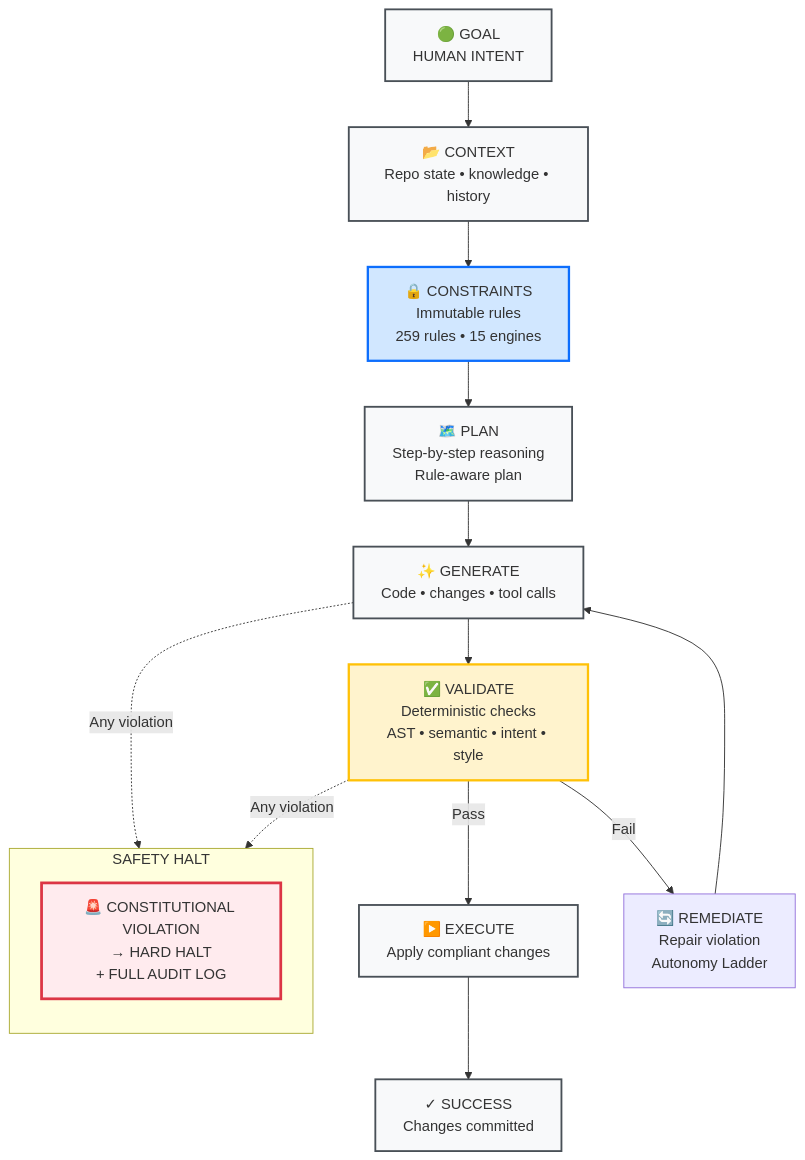
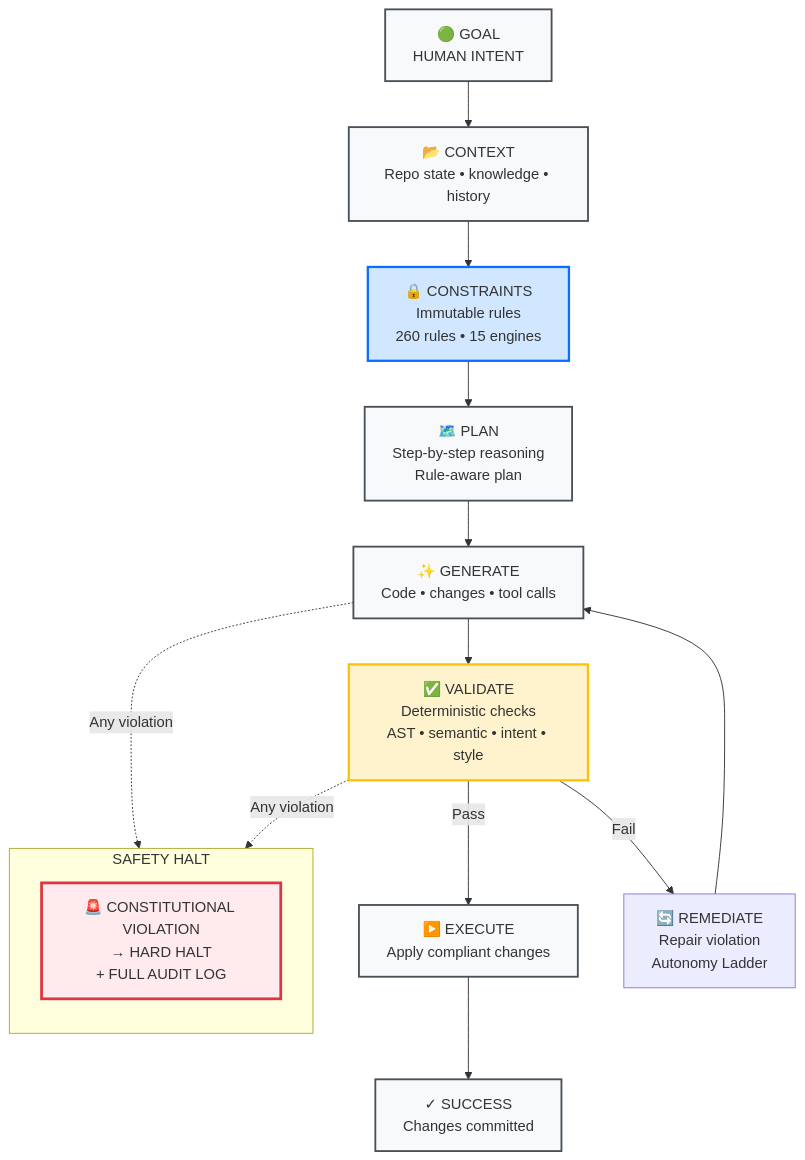
Before and after one commit to DariuszNewecki/CORE: the diagram in README.md, drawn with Mermaid. The commit also changed other lines of this file and 12 other files, not shown here.

````diff
--- a/README.md
+++ b/README.md
@@ -148,30 +148,30 @@
 ```mermaid
 flowchart TD
     A["🟢 GOAL\nHUMAN INTENT"] --> B["📂 CONTEXT\nRepo state • knowledge • history"]
-    B --> C["🔒 CONSTRAINTS\nImmutable rules\n259 rules • 15 engines"]
+    B --> C["🔒 CONSTRAINTS\nImmutable rules\n260 rules • 15 engines"]
     C --> D["🗺️ PLAN\nStep-by-step reasoning\nRule-aware plan"]
     D --> E["✨ GENERATE\nCode • changes • tool calls"]
     E --> F["✅ VALIDATE\nDeterministic checks\nAST • semantic • intent • style"]
     F -->|Pass| G["▶️ EXECUTE\nApply compliant changes"]
     F -->|Fail| H["🔄 REMEDIATE\nRepair violation\nAutonomy Ladder"]
     H --> E
     G --> I["✓ SUCCESS\nChanges committed"]
 
     subgraph "SAFETY HALT"
         direction TB
         J["🚨 CONSTITUTIONAL VIOLATION\n→ HARD HALT\n+ FULL AUDIT LOG"]
     end
 
     E -.->|Any violation| J
     F -.->|Any violation| J
 
     classDef phase      fill:#f8f9fa,stroke:#495057,stroke-width:2px
     classDef constraint fill:#d1e7ff,stroke:#0d6efd,stroke-width:2.5px
     classDef validate   fill:#fff3cd,stroke:#ffc107,stroke-width:2.5px
     classDef halt       fill:#ffebee,stroke:#dc3545,stroke-width:3px
 
     class A,B,D,E,G,I phase
     class C constraint
     class F validate
     class J halt
 ```
````
